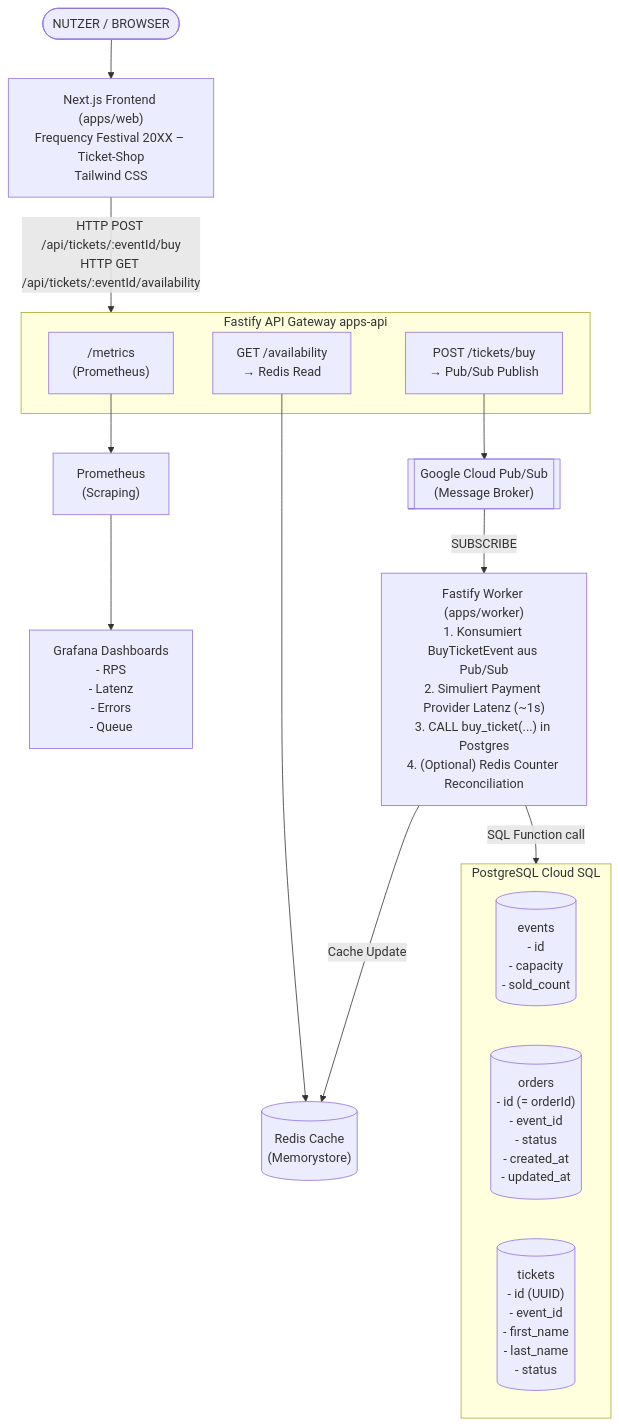
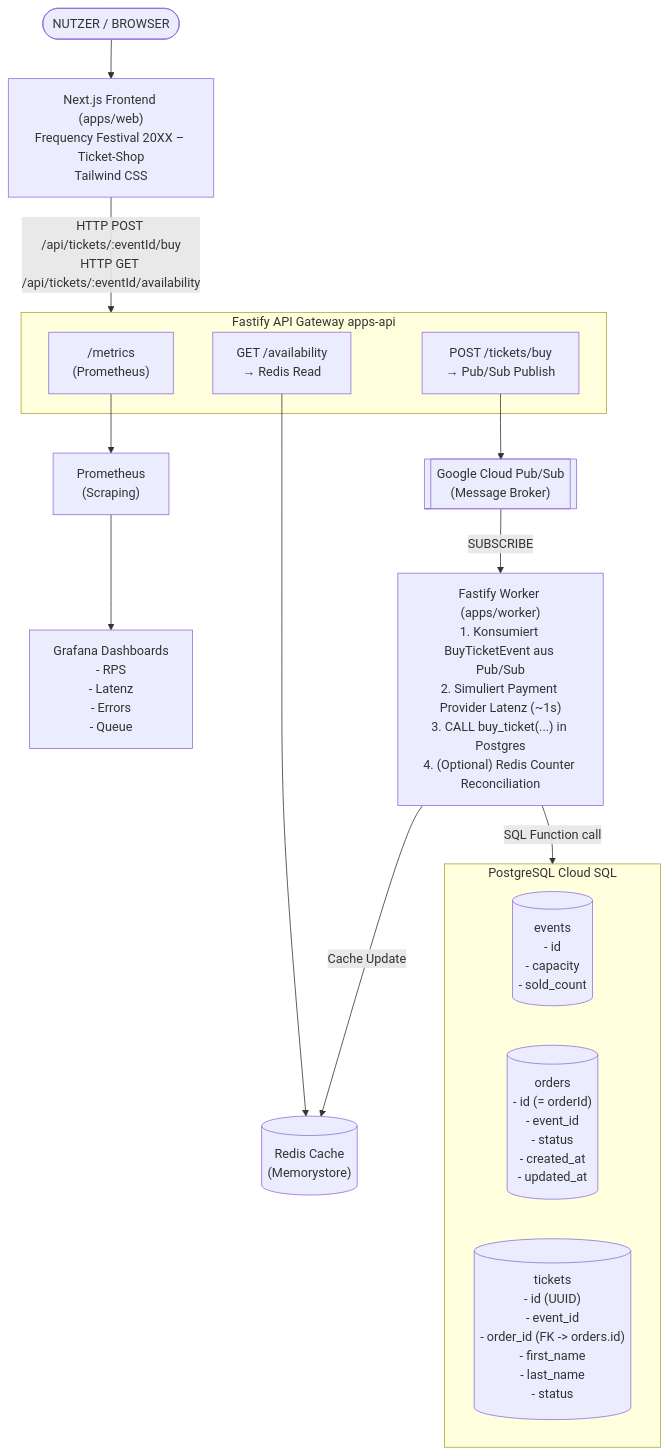
The first of 2 diagrams in docs/ARCHITECTURE.md (schuler-ph/high-frequency-ticket-system), drawn with Mermaid before and after one commit. The commit also changed other lines of this file and 11 other files, not shown here.

````diff
--- a/docs/ARCHITECTURE.md
+++ b/docs/ARCHITECTURE.md
@@ -9,40 +9,40 @@
 ```mermaid
 flowchart TD
     User([NUTZER / BROWSER])
 
     Frontend["Next.js Frontend (apps/web)<br/>Frequency Festival 20XX – Ticket-Shop<br/>Tailwind CSS"]
 
     subgraph API [Fastify API Gateway apps-api]
         API_metrics["/metrics<br/>(Prometheus)"]
         API_avail["GET /availability<br/>→ Redis Read"]
         API_buy["POST /tickets/buy<br/>→ Pub/Sub Publish"]
     end
 
     Prometheus["Prometheus<br/>(Scraping)"]
     Redis[("Redis Cache<br/>(Memorystore)")]
     PubSub[["Google Cloud Pub/Sub<br/>(Message Broker)"]]
 
     Grafana["Grafana Dashboards<br/>- RPS<br/>- Latenz<br/>- Errors<br/>- Queue"]
 
     Worker["Fastify Worker (apps/worker)<br/>1. Konsumiert BuyTicketEvent aus Pub/Sub<br/>2. Simuliert Payment Provider Latenz (~1s)<br/>3. CALL buy_ticket(...) in Postgres<br/>4. (Optional) Redis Counter Reconciliation"]
 
     subgraph DB [PostgreSQL Cloud SQL]
         events[("events<br/>- id<br/>- capacity<br/>- sold_count")]
         orders[("orders<br/>- id (= orderId)<br/>- event_id<br/>- status<br/>- created_at<br/>- updated_at")]
-        tickets[("tickets<br/>- id (UUID)<br/>- event_id<br/>- first_name<br/>- last_name<br/>- status")]
+        tickets[("tickets<br/>- id (UUID)<br/>- event_id<br/>- order_id (FK -> orders.id)<br/>- first_name<br/>- last_name<br/>- status")]
     end
 
     User --> Frontend
     Frontend -->|"HTTP POST /api/tickets/:eventId/buy<br/>HTTP GET /api/tickets/:eventId/availability"| API
 
     API_metrics --> Prometheus
     API_avail --> Redis
     API_buy --> PubSub
 
     Prometheus --> Grafana
 
     Worker -->|Cache Update| Redis
     PubSub -->|SUBSCRIBE| Worker
 
     Worker -->|SQL Function call| DB
 ```
````
